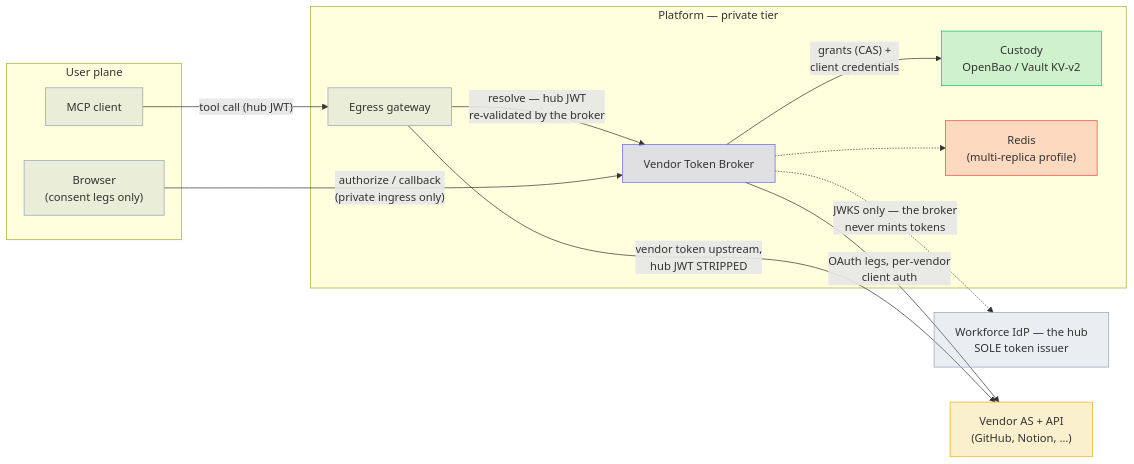
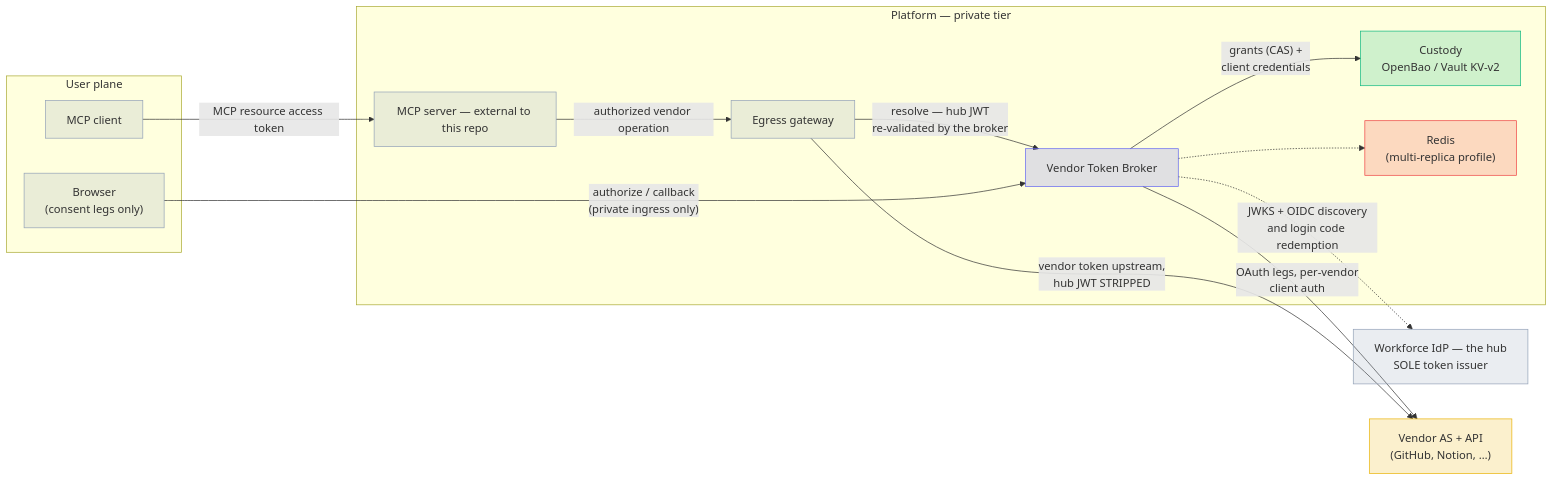
Before and after one commit to chief-builder/vendor-token-broker: the first of 3 diagrams in docs/design.md, drawn with Mermaid. The commit also changed other lines of this file and 20 other files, not shown here.

````diff
--- a/docs/design.md
+++ b/docs/design.md
@@ -48,35 +51,37 @@
 ```mermaid
 flowchart LR
     subgraph userplane["User plane"]
         C["MCP client"]
         UA["Browser<br/>(consent legs only)"]
     end
     subgraph platform["Platform — private tier"]
+        S["MCP server — external to this repo"]
         G["Egress gateway"]
         B["Vendor Token Broker"]
         K["Custody<br/>OpenBao / Vault KV-v2"]
         R["Redis<br/>(multi-replica profile)"]
     end
     H["Workforce IdP — the hub<br/>SOLE token issuer"]
     V["Vendor AS + API<br/>(GitHub, Notion, …)"]
 
-    C -- "tool call (hub JWT)" --> G
+    C -- "MCP resource access token" --> S
+    S -- "authorized vendor operation" --> G
     G -- "resolve — hub JWT<br/>re-validated by the broker" --> B
     UA -- "authorize / callback<br/>(private ingress only)" --> B
-    B -. "JWKS only — the broker<br/>never mints tokens" .-> H
+    B -. "JWKS + OIDC discovery<br/>and login code redemption" .-> H
     B -- "OAuth legs, per-vendor<br/>client auth" --> V
     G -- "vendor token upstream,<br/>hub JWT STRIPPED" --> V
     B -- "grants (CAS) +<br/>client credentials" --> K
     B -.-> R
 
     classDef broker fill:#6366f133,stroke:#6366f1
     classDef vendor fill:#eab30833,stroke:#eab308
     classDef custody fill:#10b98133,stroke:#10b981
     classDef coord fill:#ef444433,stroke:#ef4444
     classDef neutral fill:#94a3b833,stroke:#94a3b8
     class B broker
     class V vendor
     class K custody
     class R coord
-    class C,UA,G,H neutral
+    class C,UA,S,G,H neutral
 ```
````
